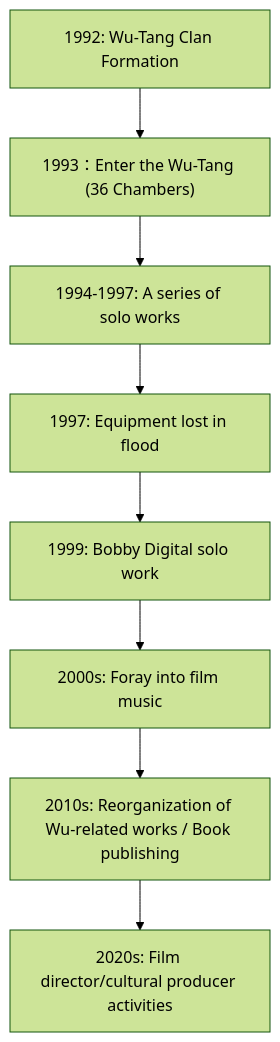
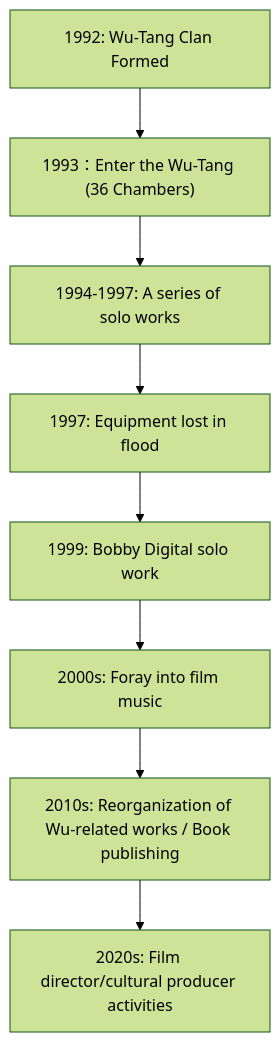
One commit to monumental-movement/monumental-movement.github.io changed the eighth of 8 diagrams in en/_posts/2025-11-21-column-rza.md. Above: the diagram before and after it, drawn with Mermaid (forest theme). The commit also changed 296 other files, not shown here.

```diff
--- a/en/_posts/2025-11-21-column-rza.md
+++ b/en/_posts/2025-11-21-column-rza.md
@@ -268,12 +268,12 @@
 <div class="mermaid">
 
 flowchart TD
-    A["1992: Wu-Tang Clan Formation"] --> B["1993：Enter the Wu-Tang (36 Chambers)"]
+    A["1992: Wu-Tang Clan Formed"] --> B["1993：Enter the Wu-Tang (36 Chambers)"]
     B --> C["1994-1997: A series of solo works"]
     C --> D["1997: Equipment lost in flood"]
     D --> E["1999: Bobby Digital solo work"]
     E --> F["2000s: Foray into film music"]
     F --> G["2010s: Reorganization of Wu-related works / Book publishing"]
     G --> H["2020s: Film director/cultural producer activities"]
 
 </div>
```
